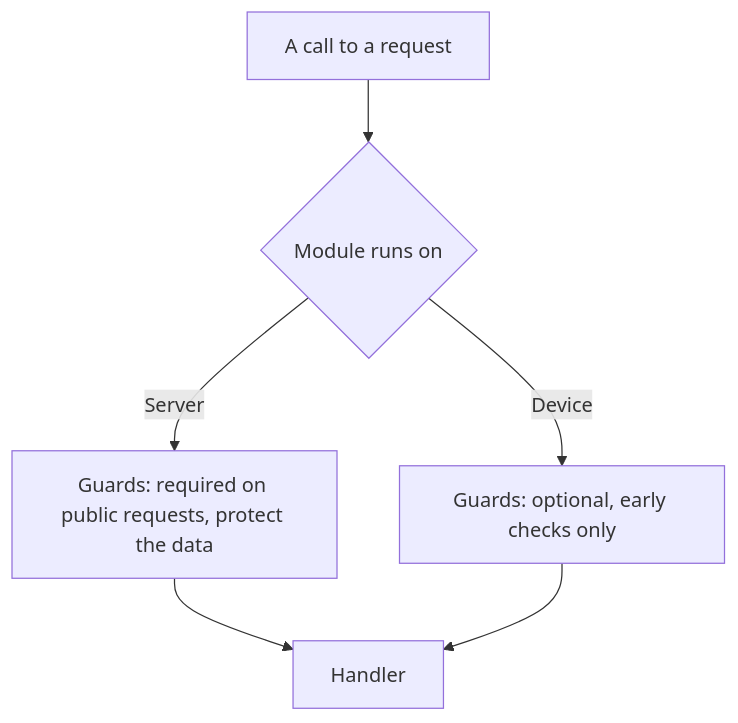
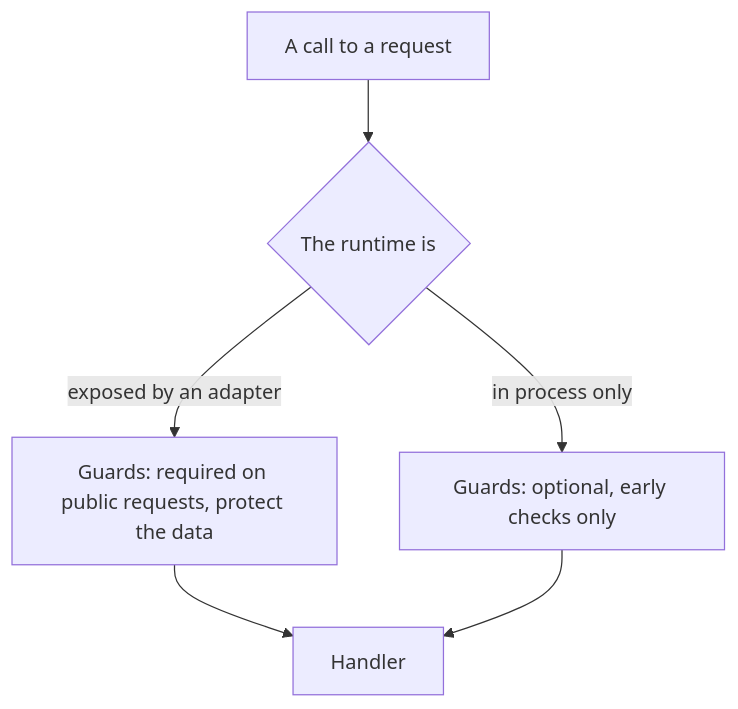
Before and after one commit to sumilabshq/sumi: the third of 3 diagrams in docs/architecture/README.md, drawn with Mermaid. The commit also changed other lines of this file and 7 other files, not shown here.

First line of the commit message:
docs(architecture): runtime replaces app and server

````diff
--- a/docs/architecture/README.md
+++ b/docs/architecture/README.md
@@ -90,8 +91,8 @@
 ```mermaid
 flowchart TB
-	call["A call to a request"] --> where{"Module runs on"}
-	where -->|Server| sg["Guards: required on public requests, protect the data"]
-	where -->|Device| dg["Guards: optional, early checks only"]
+	call["A call to a request"] --> where{"The runtime is"}
+	where -->|exposed by an adapter| sg["Guards: required on public requests, protect the data"]
+	where -->|in process only| dg["Guards: optional, early checks only"]
 	sg --> handler["Handler"]
 	dg --> handler
 ```
````
